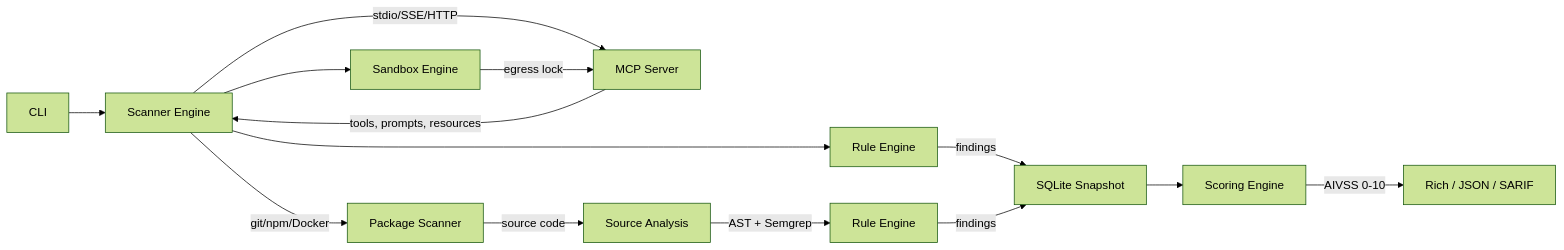
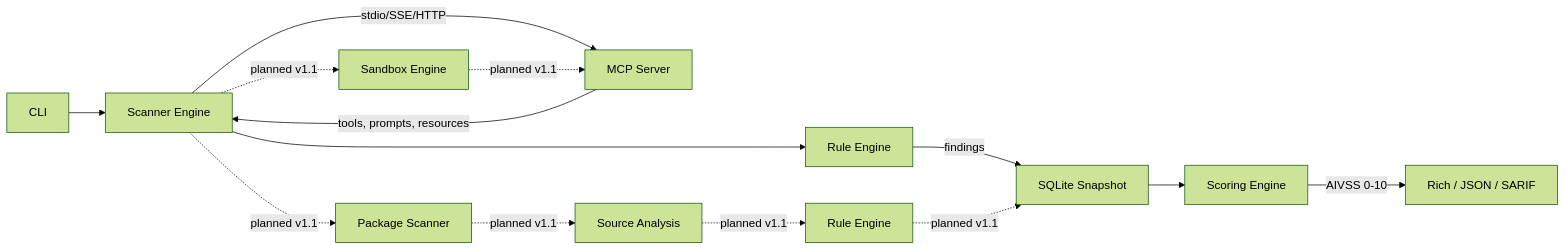
The diagram in README.md (yatuk/mcpradar), drawn with Mermaid (forest theme) before and after one commit. The commit also changed other lines of this file and 10 other files, not shown here.

````diff
--- a/README.md
+++ b/README.md
@@ -105,16 +133,16 @@
 ```mermaid
 graph LR
     A[CLI] --> B[Scanner Engine]
     B -->|stdio/SSE/HTTP| C[MCP Server]
-    B -->|git/npm/Docker| P[Package Scanner]
     C -->|tools, prompts, resources| B
-    P -->|source code| S[Source Analysis]
-    S -->|AST + Semgrep| D2[Rule Engine]
     B --> D[Rule Engine]
     D -->|findings| E[SQLite Snapshot]
-    D2 -->|findings| E
     E --> F[Scoring Engine]
     F -->|AIVSS 0-10| G[Rich / JSON / SARIF]
-    B --> H[Sandbox Engine]
-    H -->|egress lock| C
+    B -.->|planned v1.1| P[Package Scanner]
+    P -.->|planned v1.1| S[Source Analysis]
+    S -.->|planned v1.1| D2[Rule Engine]
+    D2 -.->|planned v1.1| E
+    B -.->|planned v1.1| H[Sandbox Engine]
+    H -.->|planned v1.1| C
 ```
````
